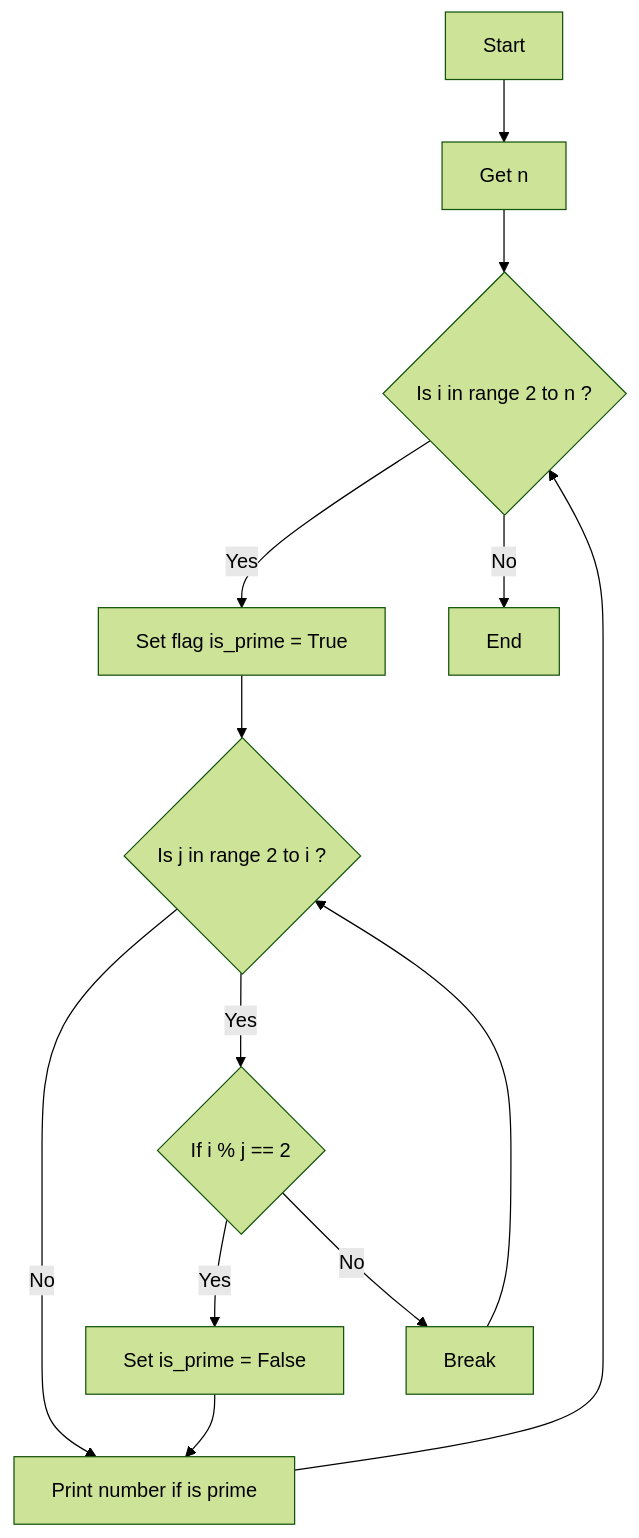
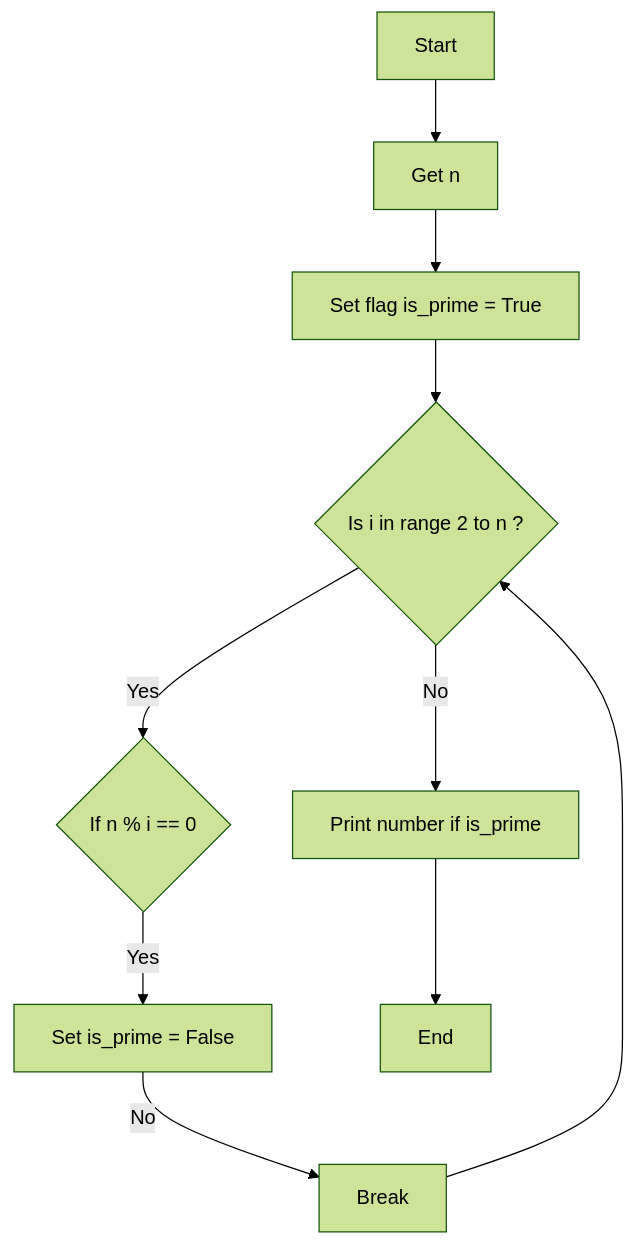
One commit to hayyaun/kids changed the diagram in exercises/exercise-3-2-hint.md. Above: the diagram before and after it, drawn with Mermaid (forest theme). The commit also changed other lines of this file and 3 other files, not shown here.

````diff
--- a/exercises/exercise-3-2-hint.md
+++ b/exercises/exercise-3-2-hint.md
@@ -20,15 +16,12 @@
 ```mermaid
 flowchart TD
-    A[Start] --> C[Get n]
-    C --> E{Is i in range 2 to n ?}
-    E -- Yes --> F[Set flag is_prime = True]
-    F --> G{Is j in range 2 to i ?}
-    G -- No --> I[Print number if is prime]
-    G -- Yes --> H{If i % j == 2}
+    A[Start] --> E[Get n]
+    E --> F[Set flag is_prime = True]
+    F --> G{Is i in range 2 to n ?}
+    G -- No --> I[Print number if is_prime]
+    G -- Yes --> H{If n % i == 0}
     H -- Yes --> J[Set is_prime = False]
-    H -- No --> B[Break]
+    J -- No --> B[Break]
     B --> G
-    J --> I
-    I --> E
-    E -- No --> L[End]
+    I --> Z[End]
 ```
````
